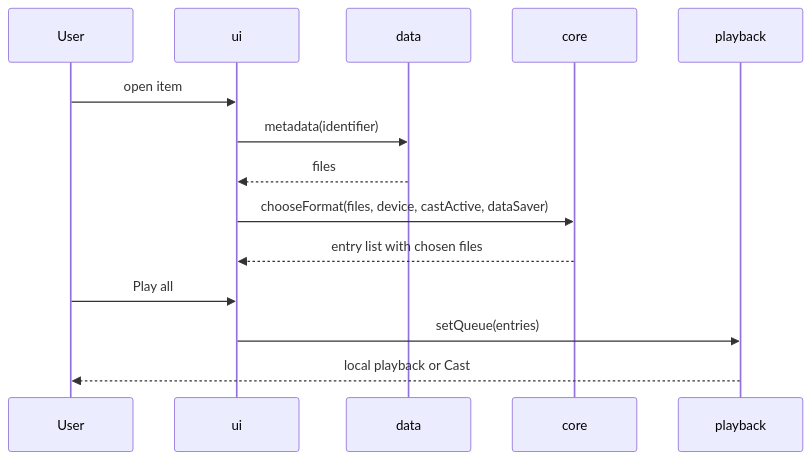
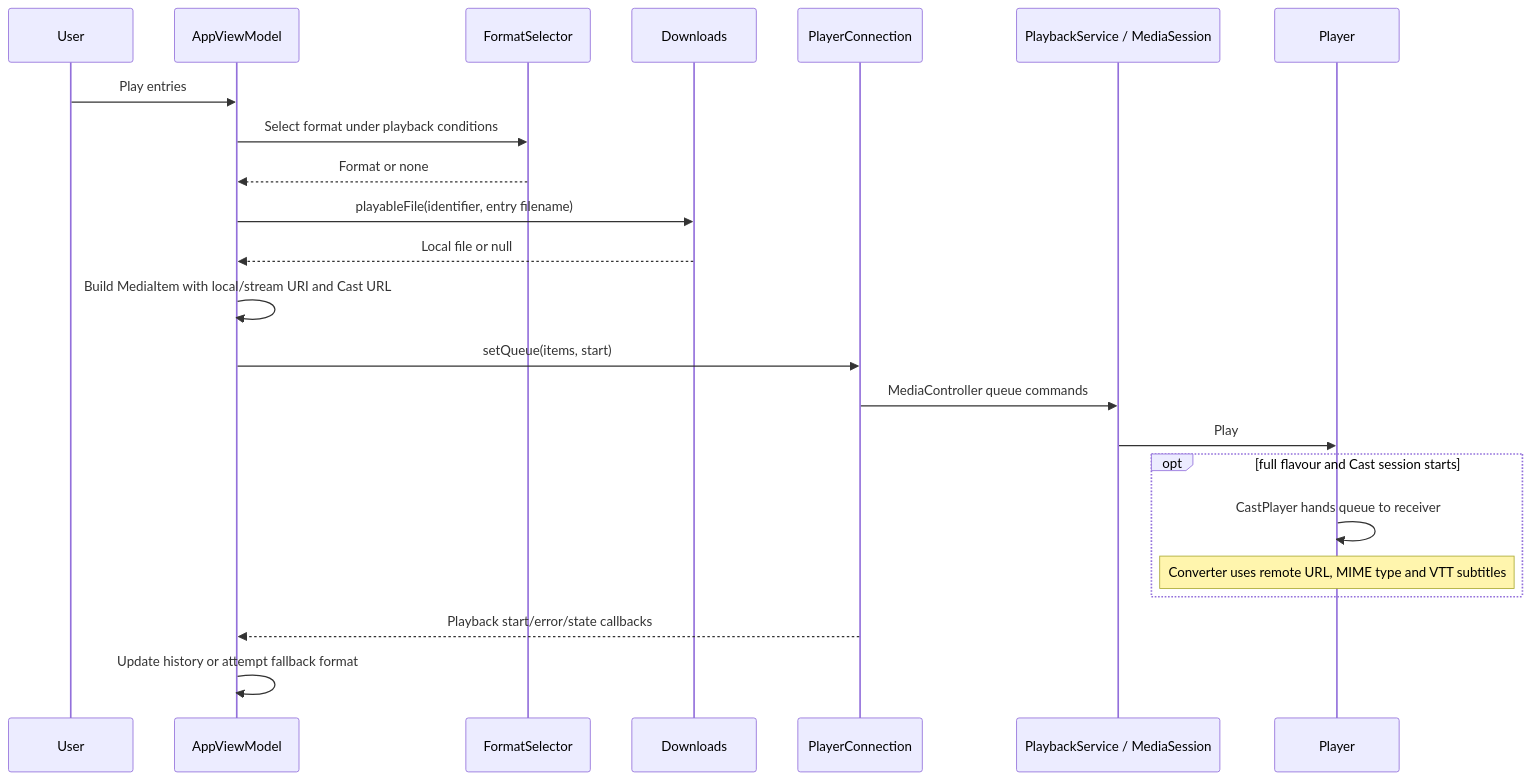
Before and after one commit to jutlandiatech/ArchivePlayer: the fifth of 7 diagrams in docs/ARCHITECTURE_UML.md, drawn with Mermaid. The commit also changed other lines of this file and 35 other files, not shown here.

Commit message:
docs: add offline HTML handbook, UML and PDF summary

````diff
--- a/docs/ARCHITECTURE_UML.md
+++ b/docs/ARCHITECTURE_UML.md
@@ -49,16 +182,25 @@
 ```mermaid
 sequenceDiagram
   participant U as User
-  participant UI as ui
-  participant D as data
-  participant C as core
-  participant P as playback
-  U->>UI: open item
-  UI->>D: metadata(identifier)
-  D-->>UI: files
-  UI->>C: chooseFormat(files, device, castActive, dataSaver)
-  C-->>UI: entry list with chosen files
-  U->>UI: Play all
-  UI->>P: setQueue(entries)
-  P-->>U: local playback or Cast
+  participant VM as AppViewModel
+  participant F as FormatSelector
+  participant D as Downloads
+  participant PC as PlayerConnection
+  participant S as PlaybackService / MediaSession
+  participant P as Player
+  U->>VM: Play entries
+  VM->>F: Select format under playback conditions
+  F-->>VM: Format or none
+  VM->>D: playableFile(identifier, entry filename)
+  D-->>VM: Local file or null
+  VM->>VM: Build MediaItem with local/stream URI and Cast URL
+  VM->>PC: setQueue(items, start)
+  PC->>S: MediaController queue commands
+  S->>P: Play
+  opt full flavour and Cast session starts
+    P->>P: CastPlayer hands queue to receiver
+    Note over P: Converter uses remote URL, MIME type and VTT subtitles
+  end
+  PC-->>VM: Playback start/error/state callbacks
+  VM->>VM: Update history or attempt fallback format
 ```
````
